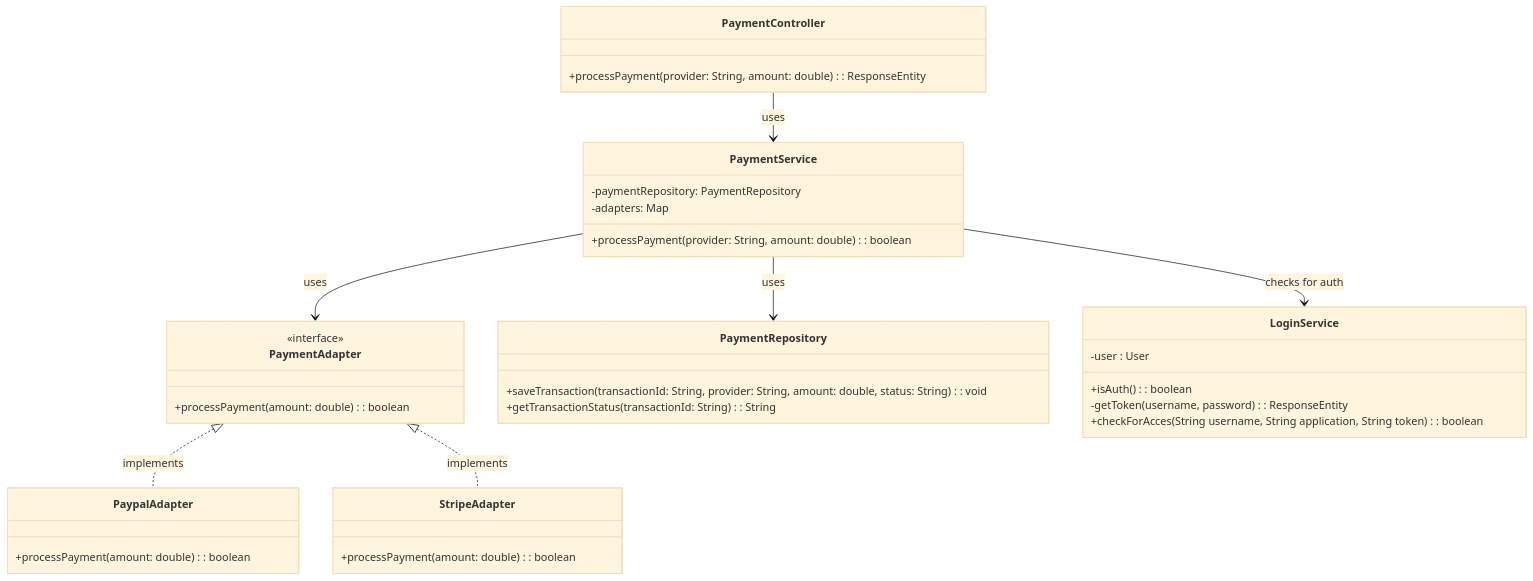
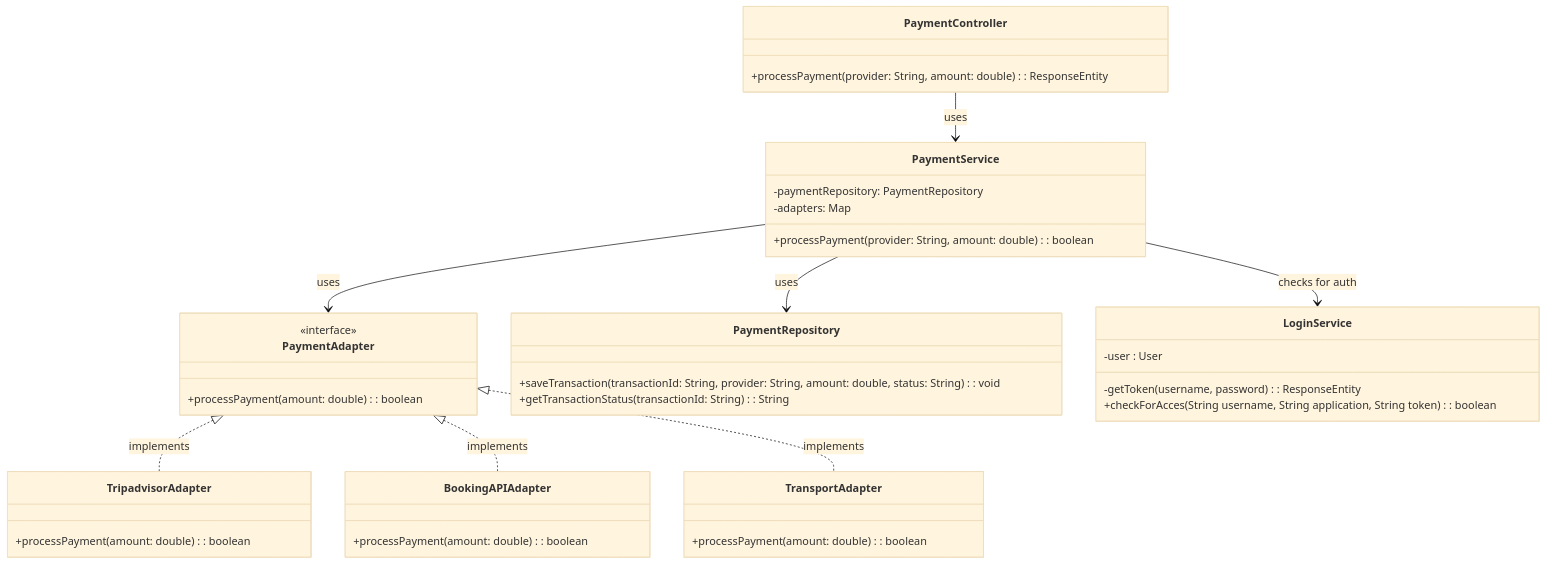
The second of 3 diagrams in software-guidebook/README.md (AIM-ENE-feb25/triptop-inshallahboys), drawn with Mermaid (base theme) before and after one commit. The commit also changed other lines of this file, not shown here.

````diff
--- a/software-guidebook/README.md
+++ b/software-guidebook/README.md
@@ -167,45 +165,49 @@
 ```mermaid
 classDiagram
     class PaymentController {
         +processPayment(provider: String, amount: double): ResponseEntity<String>
     }
 
     class PaymentService {
         +processPayment(provider: String, amount: double): boolean
         -paymentRepository: PaymentRepository
         -adapters: Map<String, PaymentAdapter>
     }
 
     class PaymentAdapter {
         <<interface>>
         +processPayment(amount: double): boolean
     }
 
-    class PaypalAdapter {
+    class TripadvisorAdapter {
         +processPayment(amount: double): boolean
     }
 
-    class StripeAdapter {
+    class BookingAPIAdapter {
+        +processPayment(amount: double): boolean
+    }
+
+    class TransportAdapter {
         +processPayment(amount: double): boolean
     }
 
     class PaymentRepository {
         +saveTransaction(transactionId: String, provider: String, amount: double, status: String): void
         +getTransactionStatus(transactionId: String): String
     }
 
     class LoginService{
         -user : User
-        +isAuth() : boolean
         -getToken(username, password) : ResponseEntity<String>
         +checkForAcces(String username, String application, String token) : boolean
     }
 
     %% Relaties tussen de klassen
     PaymentController --> PaymentService : uses
     PaymentService --> PaymentAdapter : uses
     PaymentService --> PaymentRepository : uses
-    PaymentAdapter <|.. PaypalAdapter : implements
-    PaymentAdapter <|.. StripeAdapter : implements
+    PaymentAdapter <|.. TripadvisorAdapter : implements
+    PaymentAdapter <|.. BookingAPIAdapter : implements
+    PaymentAdapter <|.. TransportAdapter : implements
     PaymentService --> LoginService : checks for auth
 ```
````
